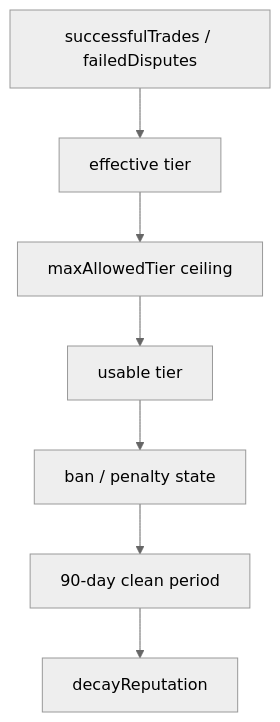
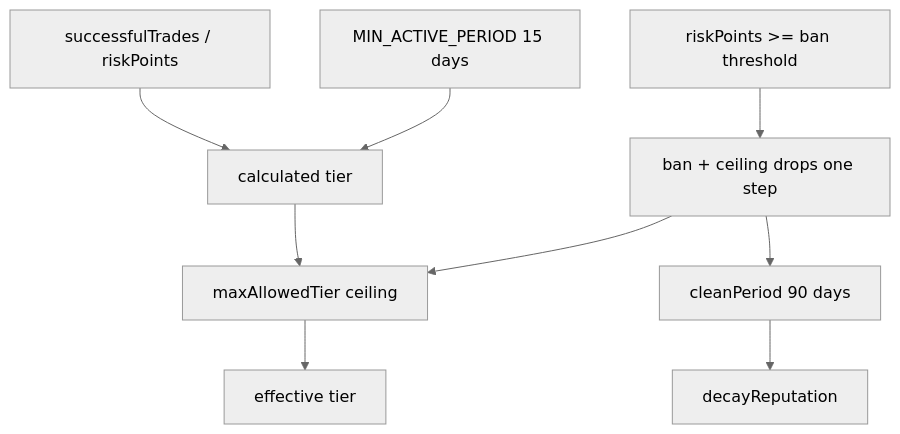
The seventh of 14 diagrams in docs/EN/ARCHITECTURE.md (MyDemir/Araf-Protocol), drawn with Mermaid (neutral theme) before and after one commit. The commit also changed other lines of this file and 1 other file, not shown here.

First line of the commit message:
docs(architecture): kontrat bölümleri koddan yeniden hizalandı (TR/EN)

````diff
--- a/docs/EN/ARCHITECTURE.md
+++ b/docs/EN/ARCHITECTURE.md
@@ -407,9 +428,11 @@
 ```mermaid
 flowchart TD
-    A[successfulTrades / failedDisputes] --> B[effective tier]
+    A[successfulTrades / riskPoints] --> B[calculated tier]
+    T[MIN_ACTIVE_PERIOD 15 days] --> B
     B --> C[maxAllowedTier ceiling]
-    C --> D[usable tier]
-    D --> E[ban / penalty state]
-    E --> F[90-day clean period]
+    C --> D[effective tier]
+    R[riskPoints >= ban threshold] --> E[ban + ceiling drops one step]
+    E --> C
+    E --> F[cleanPeriod 90 days]
     F --> G[decayReputation]
 ```
````
